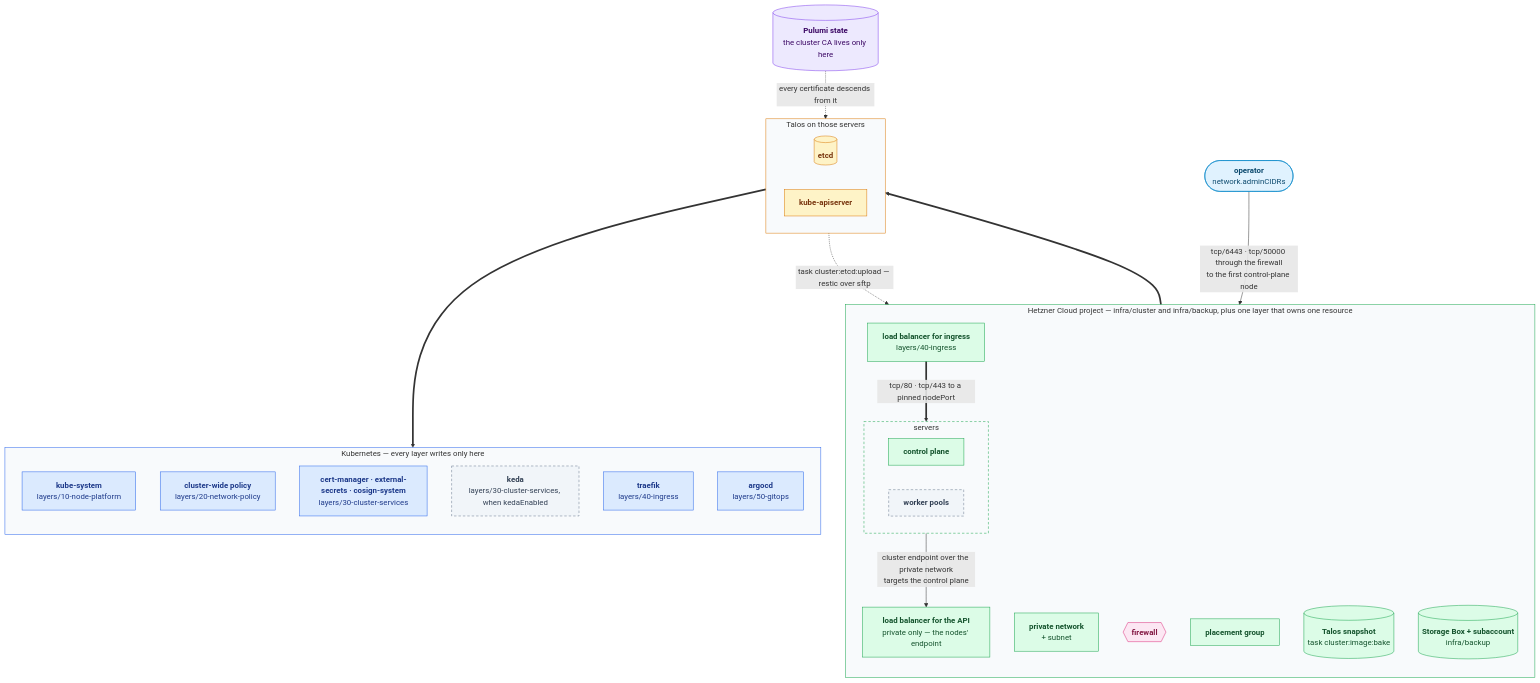
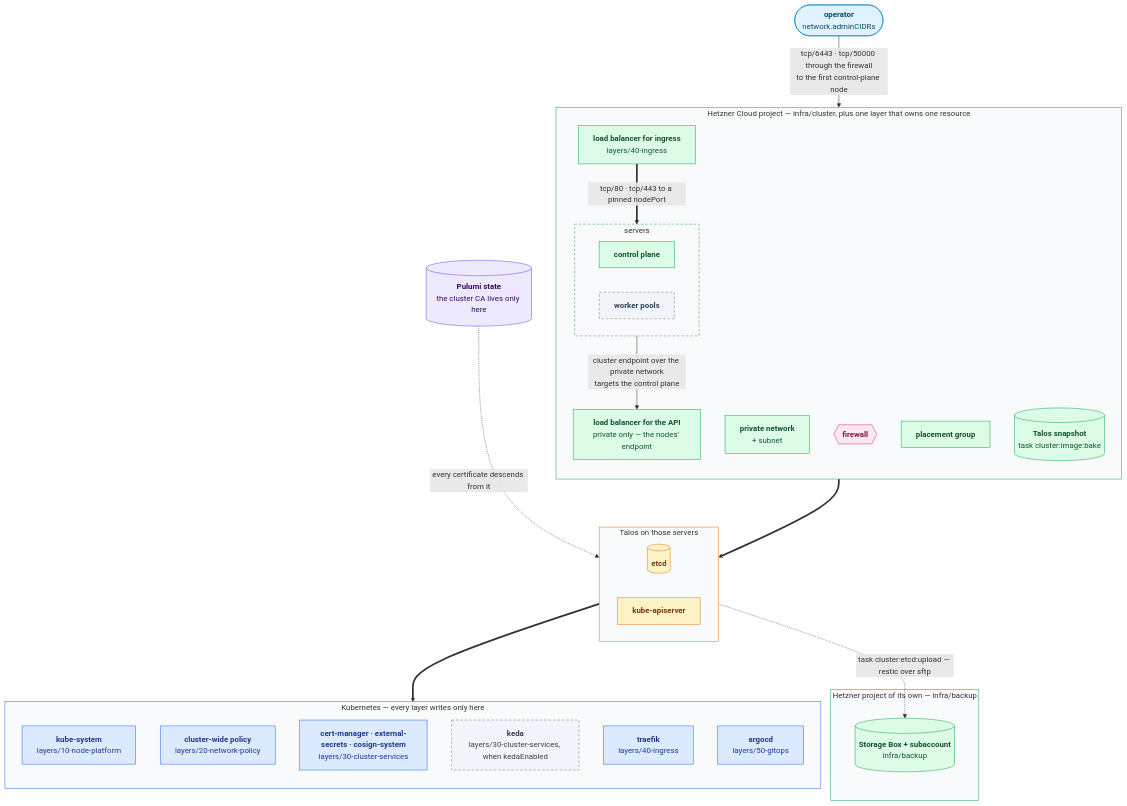
The first of 2 diagrams in docs/design.md (oleg-tkachuk/hetzner-iac), drawn with Mermaid before and after one commit. The commit also changed other lines of this file and 6 other files, not shown here.

Commit message:
docs(backup): record the backup project decision and the move to it

````diff
--- a/docs/design.md
+++ b/docs/design.md
@@ -13,66 +13,70 @@
 ```mermaid
 flowchart TB
-    subgraph hetzner ["Hetzner Cloud project — infra/cluster and infra/backup, plus one layer that owns one resource"]
+    subgraph hetzner ["Hetzner Cloud project — infra/cluster, plus one layer that owns one resource"]
         direction TB
         net["<b>private network</b><br/>+ subnet"]
         fw{{"<b>firewall</b>"}}
         pg["<b>placement group</b>"]
         snap[("<b>Talos snapshot</b><br/>task cluster:image:bake")]
 
         subgraph servers ["servers"]
             direction LR
             cp["<b>control plane</b>"]
             wk["<b>worker pools</b>"]
         end
 
         apilb["<b>load balancer for the API</b><br/>private only — the nodes' endpoint"]
         inglb["<b>load balancer for ingress</b><br/>layers/40-ingress"]
+    end
+
+    subgraph backupproject ["Hetzner project of its own — infra/backup"]
         box[("<b>Storage Box + subaccount</b><br/>infra/backup")]
     end
 
     subgraph talos ["Talos on those servers"]
         direction LR
         etcd[("<b>etcd</b>")]
         api["<b>kube-apiserver</b>"]
     end
 
     subgraph k8s ["Kubernetes — every layer writes only here"]
         direction TB
         ks["<b>kube-system</b><br/>layers/10-node-platform"]
         pol["<b>cluster-wide policy</b><br/>layers/20-network-policy"]
         cmns["<b>cert-manager · external-secrets · cosign-system</b><br/>layers/30-cluster-services"]
         kedans["<b>keda</b><br/>layers/30-cluster-services, when kedaEnabled"]
         tns["<b>traefik</b><br/>layers/40-ingress"]
         argons["<b>argocd</b><br/>layers/50-gitops"]
     end
 
     trust[("<b>Pulumi state</b><br/>the cluster CA lives only here")]
     op(["<b>operator</b><br/>network.adminCIDRs"])
 
     trust -.->|"every certificate descends from it"| talos
     servers ==> talos
     talos ==> k8s
     inglb ==>|"tcp/80 · tcp/443 to a pinned nodePort"| servers
     servers -->|"cluster endpoint over the private network<br/>targets the control plane"| apilb
     op -->|"tcp/6443 · tcp/50000 through the firewall<br/>to the first control-plane node"| fw
     etcd -.->|"task cluster:etcd:upload — restic over sftp"| box
 
     classDef actor fill:#E0F2FE,stroke:#0284C7,color:#0C4A6E
     classDef optional fill:#F1F5F9,stroke:#64748B,color:#334155,stroke-dasharray:5 4
     classDef hetzner fill:#DCFCE7,stroke:#16A34A,color:#14532D
     classDef talos fill:#FEF3C7,stroke:#D97706,color:#78350F
     classDef kube fill:#DBEAFE,stroke:#2563EB,color:#1E3A8A
     classDef state fill:#EDE9FE,stroke:#7C3AED,color:#3B0764
     classDef gate fill:#FCE7F3,stroke:#DB2777,color:#831843
     class net,pg,snap,cp,apilb,inglb,box hetzner
     class fw gate
     class etcd,api talos
     class ks,pol,cmns,tns,argons kube
     class wk,kedans optional
     class trust state
     class op actor
     style hetzner fill:#F8FAFC,stroke:#16A34A
+    style backupproject fill:#F8FAFC,stroke:#16A34A
     style servers fill:#F8FAFC,stroke:#16A34A,stroke-dasharray:5 4
     style talos fill:#F8FAFC,stroke:#D97706
     style k8s fill:#F8FAFC,stroke:#2563EB
 ```
````
